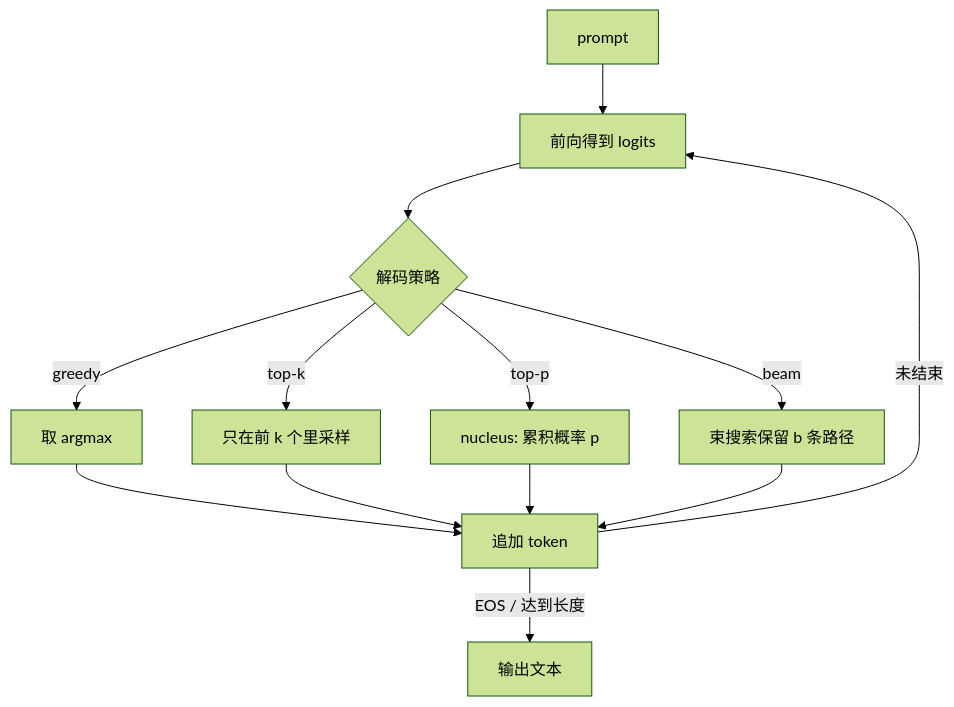
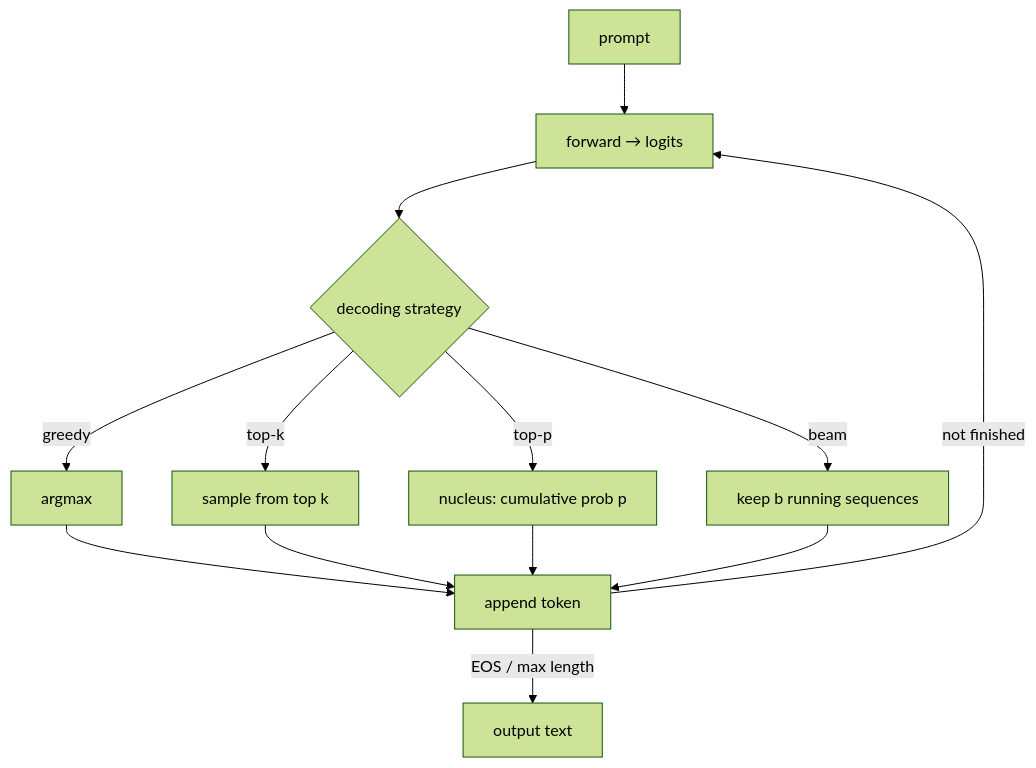
Before and after one commit to Alas129/transformer-playground: the ninth of 23 diagrams in docs/diagrams.md, drawn with Mermaid (forest theme). The commit also changed other lines of this file, not shown here.

Commit message:
updated diagrams

````diff
--- a/docs/diagrams.md
+++ b/docs/diagrams.md
@@ -174,15 +188,15 @@
 ```mermaid
 flowchart TD
-    p[prompt] --> f[前向得到 logits]
-    f --> dec{解码策略}
-    dec -->|greedy| g[取 argmax]
-    dec -->|top-k| tk[只在前 k 个里采样]
-    dec -->|top-p| tp[nucleus: 累积概率 p]
-    dec -->|beam| bm[束搜索保留 b 条路径]
-    g --> nxt[追加 token]
+    p[prompt] --> f[forward → logits]
+    f --> dec{decoding strategy}
+    dec -->|greedy| g[argmax]
+    dec -->|top-k| tk[sample from top k]
+    dec -->|top-p| tp[nucleus: cumulative prob p]
+    dec -->|beam| bm[keep b running sequences]
+    g --> nxt[append token]
     tk --> nxt
     tp --> nxt
     bm --> nxt
-    nxt -->|未结束| f
-    nxt -->|EOS / 达到长度| done[输出文本]
+    nxt -->|not finished| f
+    nxt -->|EOS / max length| done[output text]
 ```
````
